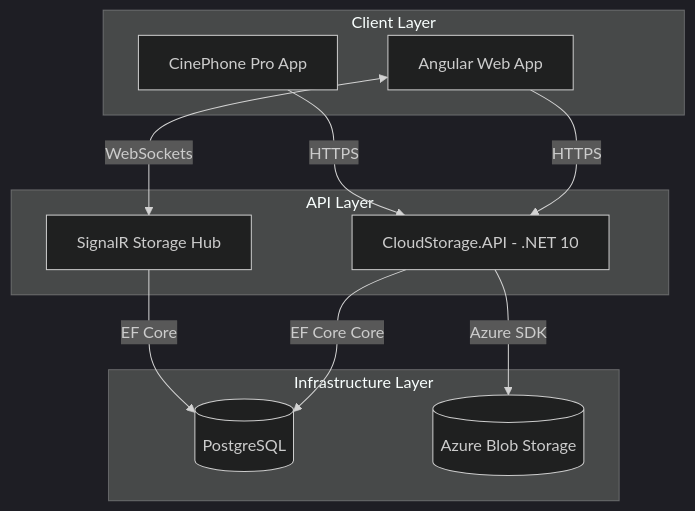
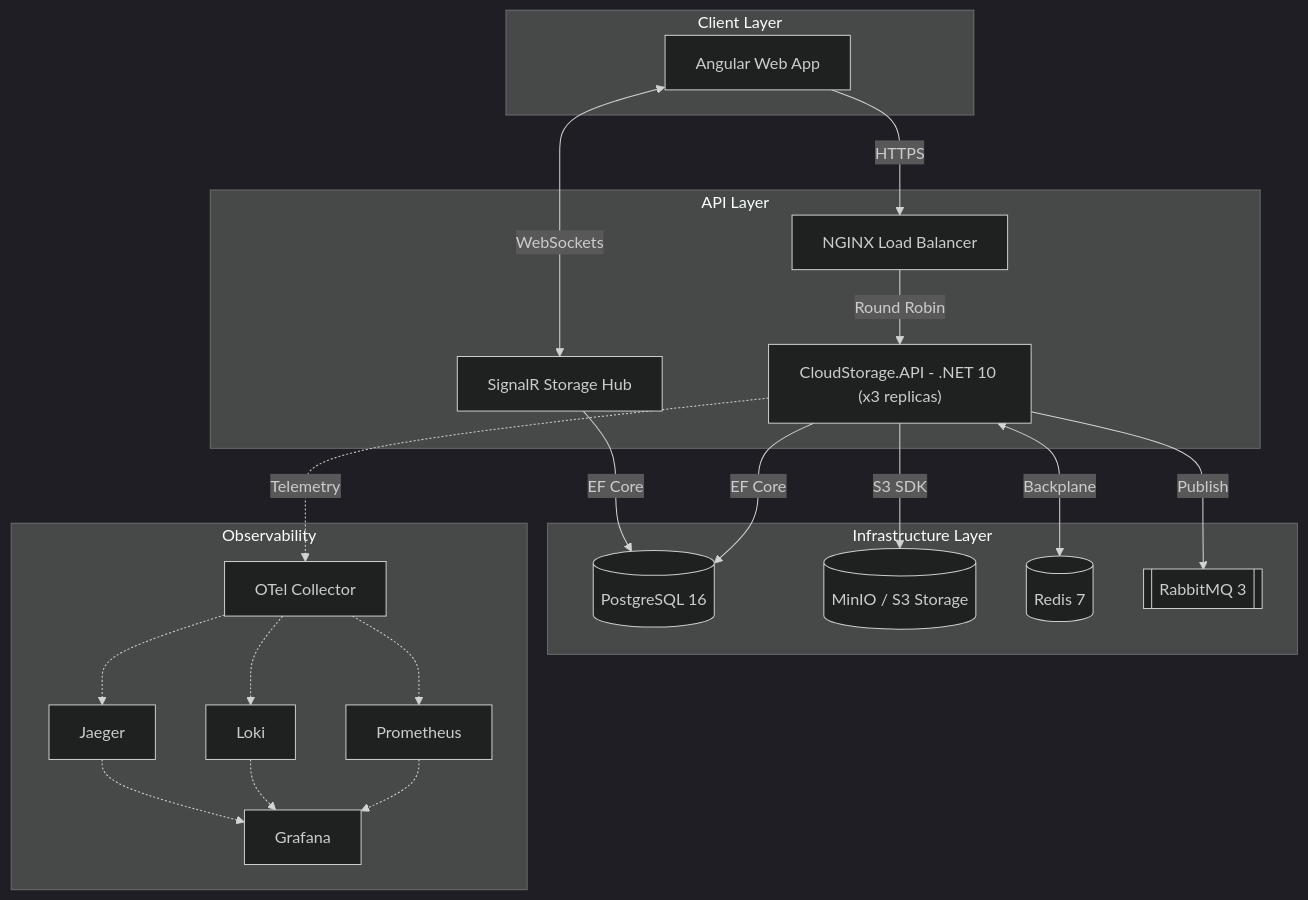
One commit to JaiminVadadoriya/Distributed-Cloud-Storage---Sync-Platform changed the first of 6 diagrams in docs/SYSTEM_DIAGRAMS.md. Above: the diagram before and after it, drawn with Mermaid (dark theme). The commit also changed other lines of this file and 6 other files, not shown here.

Commit message:
docs: add documentation for API, architecture, design, and system diagrams, and include test report assets

````diff
--- a/docs/SYSTEM_DIAGRAMS.md
+++ b/docs/SYSTEM_DIAGRAMS.md
@@ -9,25 +9,41 @@
 ```mermaid
 graph TD
     subgraph Client Layer
         Web[Angular Web App]
-        Mobile[CinePhone Pro App]
     end
 
     subgraph API Layer
-        API[CloudStorage.API - .NET 10]
+        LB[NGINX Load Balancer]
+        API["CloudStorage.API - .NET 10 (x3 replicas)"]
         Hub[SignalR Storage Hub]
     end
 
     subgraph Infrastructure Layer
-        DB[(PostgreSQL)]
-        BlobStorage[(Azure Blob Storage)]
+        DB[(PostgreSQL 16)]
+        MinIO[(MinIO / S3 Storage)]
+        Redis[(Redis 7)]
+        RMQ[[RabbitMQ 3]]
     end
 
-    Web -->|HTTPS| API
+    subgraph Observability
+        OTel[OTel Collector]
+        Prom[Prometheus]
+        Loki[Loki]
+        Jaeger[Jaeger]
+        Graf[Grafana]
+    end
+
+    Web -->|HTTPS| LB
+    LB -->|Round Robin| API
     Web <-->|WebSockets| Hub
-    Mobile -->|HTTPS| API
 
-    API -->|EF Core Core| DB
-    API -->|Azure SDK| BlobStorage
+    API -->|EF Core| DB
+    API -->|S3 SDK| MinIO
+    API <-->|Backplane| Redis
+    API -->|Publish| RMQ
     Hub -->|EF Core| DB
+
+    API -.->|Telemetry| OTel
+    OTel -.-> Prom & Loki & Jaeger
+    Prom & Loki & Jaeger -.-> Graf
 ```
````
